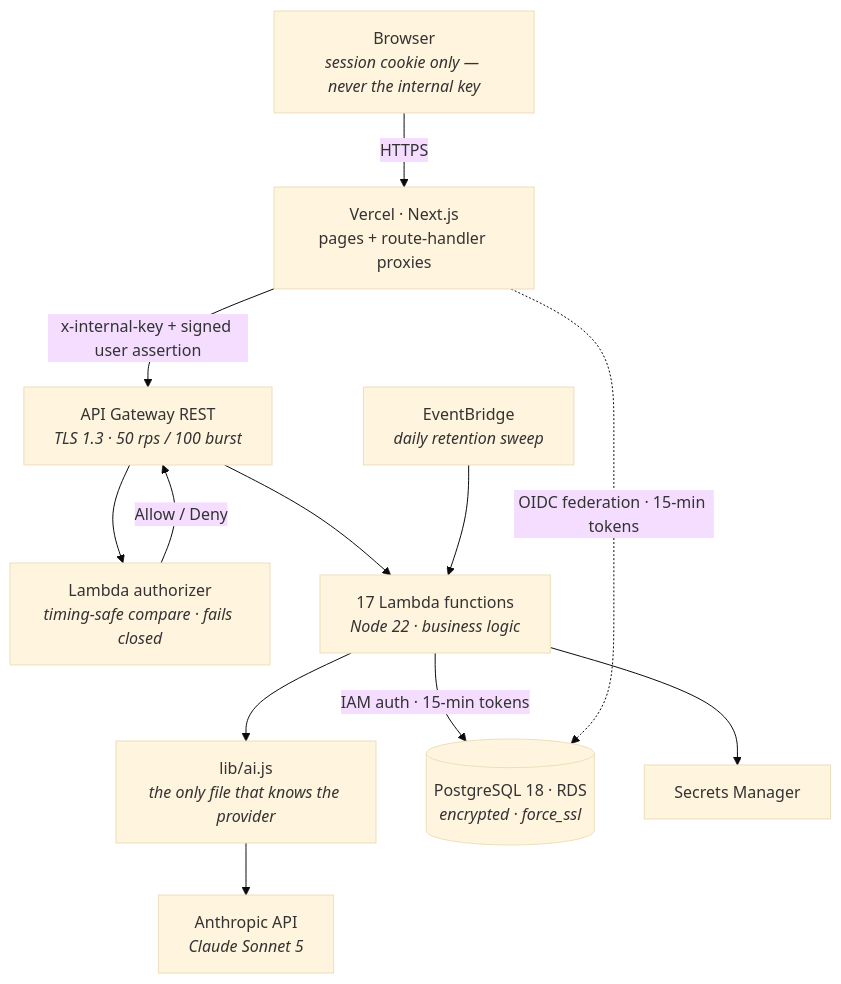
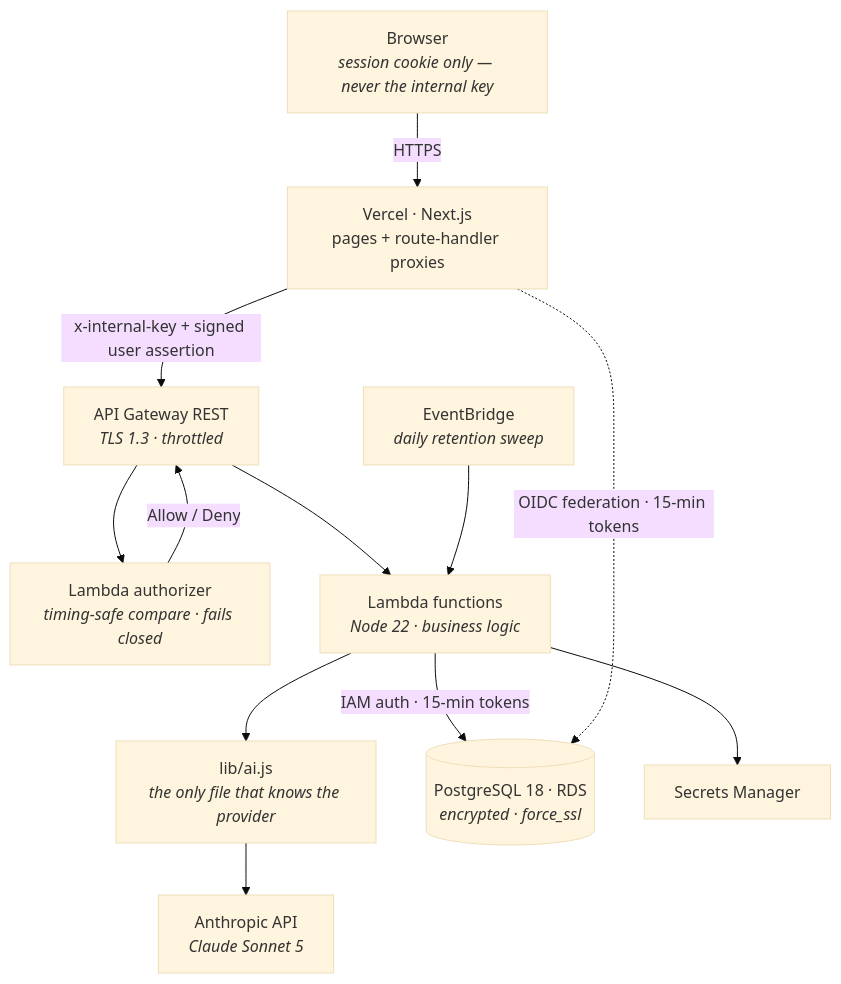
The diagram in README.md (caseymurguia/journaled), drawn with Mermaid (base theme) before and after one commit. The commit also changed other lines of this file and 3 other files, not shown here.

````diff
--- a/README.md
+++ b/README.md
@@ -47,25 +47,25 @@
 ```mermaid
 flowchart TD
     B["Browser<br/><i>session cookie only — never the internal key</i>"]
     V["Vercel · Next.js<br/>pages + route-handler proxies"]
-    G["API Gateway REST<br/><i>TLS 1.3 · 50 rps / 100 burst</i>"]
+    G["API Gateway REST<br/><i>TLS 1.3 · throttled</i>"]
     A["Lambda authorizer<br/><i>timing-safe compare · fails closed</i>"]
-    L["17 Lambda functions<br/><i>Node 22 · business logic</i>"]
+    L["Lambda functions<br/><i>Node 22 · business logic</i>"]
     AI["lib/ai.js<br/><i>the only file that knows the provider</i>"]
     C["Anthropic API<br/><i>Claude Sonnet 5</i>"]
     D[("PostgreSQL 18 · RDS<br/><i>encrypted · force_ssl</i>")]
     S["Secrets Manager"]
     E["EventBridge<br/><i>daily retention sweep</i>"]
 
     B -->|"HTTPS"| V
     V -->|"x-internal-key + signed user assertion"| G
     G --> A
     A -->|"Allow / Deny"| G
     G --> L
     L --> AI
     AI --> C
     L -->|"IAM auth · 15-min tokens"| D
     V -.->|"OIDC federation · 15-min tokens"| D
     L --> S
     E --> L
 ```
````
